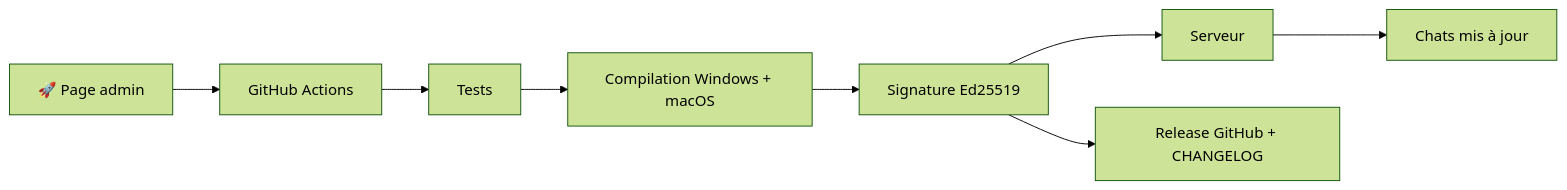
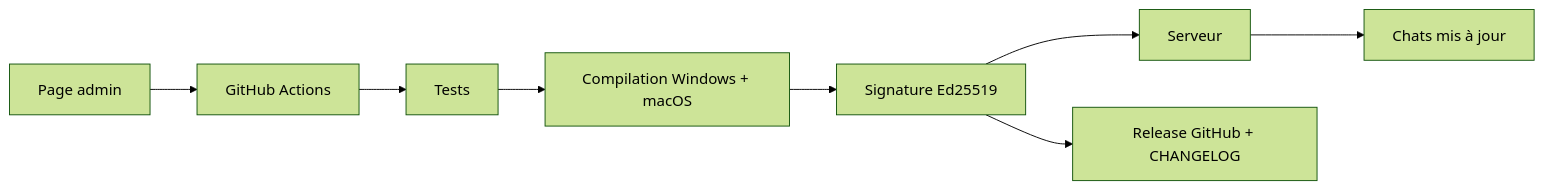
The diagram in README.md (Distrib-ps/TamagoChat), drawn with Mermaid (forest theme) before and after one commit. The commit also changed other lines of this file and 6 other files, not shown here.

````diff
--- a/README.md
+++ b/README.md
@@ -119,10 +142,10 @@
 ```mermaid
 flowchart LR
-    A[🚀 Page admin] --> B[GitHub Actions]
+    A[Page admin] --> B[GitHub Actions]
     B --> C[Tests]
     C --> D[Compilation Windows + macOS]
     D --> E[Signature Ed25519]
     E --> F[Serveur]
     F --> G[Chats mis à jour]
     E --> H[Release GitHub + CHANGELOG]
 ```
````
